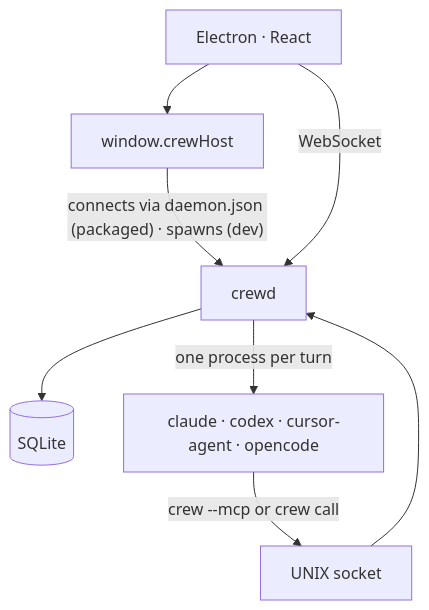
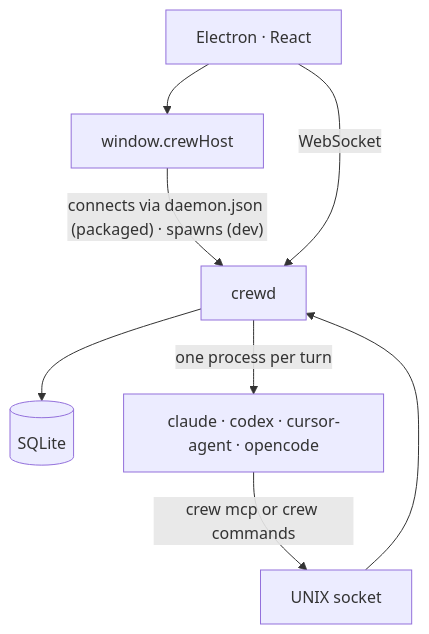
Before and after one commit to rogazth/crew: the first of 3 diagrams in docs/ARCHITECTURE.md, drawn with Mermaid. The commit also changed other lines of this file and 28 other files, not shown here.

Commit message:
feat: list only find_tool and call_tool over MCP and give crew a command per tool as crew <group> <verb>

````diff
--- a/docs/ARCHITECTURE.md
+++ b/docs/ARCHITECTURE.md
@@ -5,17 +5,17 @@
 ```mermaid
 flowchart TB
   UI["Electron · React"]
   Host["window.crewHost"]
   Daemon["crewd"]
   Store[("SQLite")]
   CLI["claude · codex · cursor-agent · opencode"]
   Bridge["UNIX socket"]
 
   UI --> Host
   Host -->|"connects via daemon.json (packaged) · spawns (dev)"| Daemon
   UI -->|"WebSocket"| Daemon
   Daemon --> Store
   Daemon -->|"one process per turn"| CLI
-  CLI -->|"crew --mcp or crew call"| Bridge
+  CLI -->|"crew mcp or crew commands"| Bridge
   Bridge --> Daemon
 ```
````
